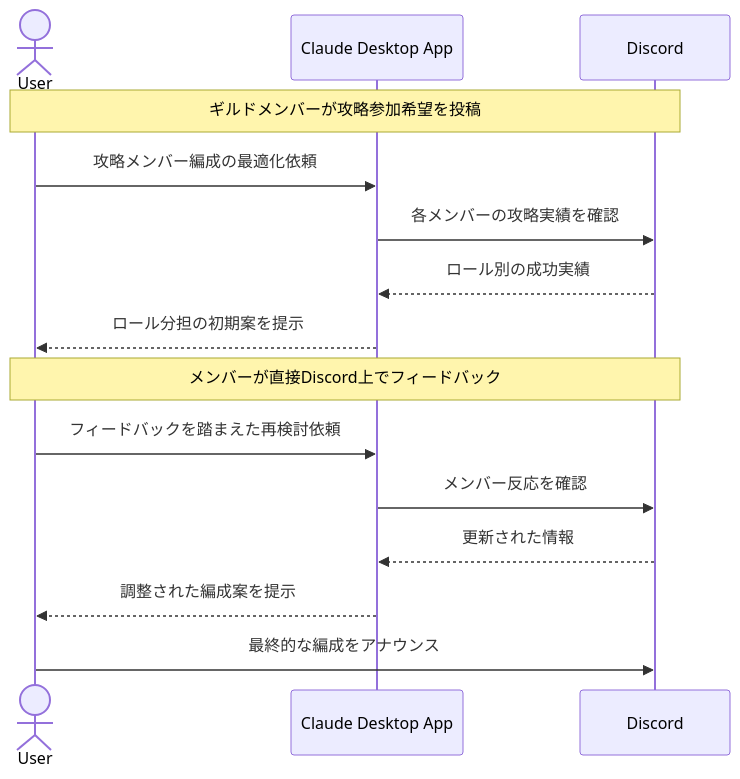
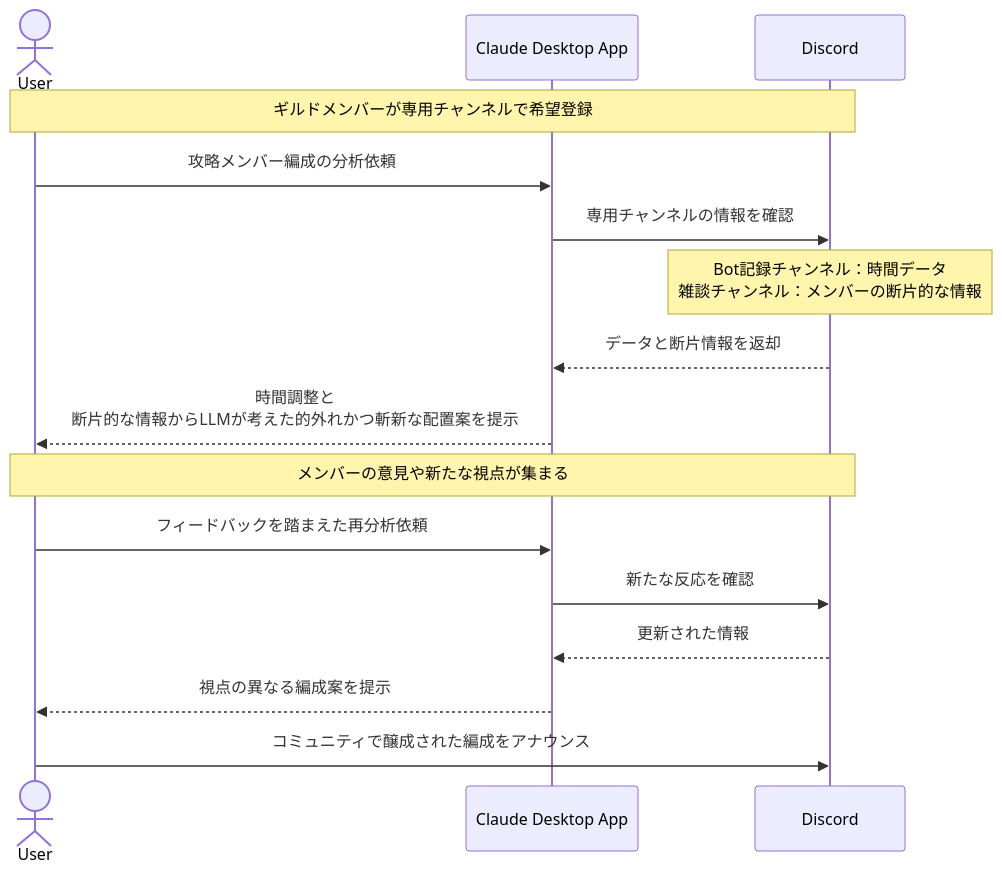
One commit to po-shu/mcp-100-ideas changed the diagram in docs/01_趣味・余暇/ゲーム攻略の予定を楽しく共有する.md. Above: the diagram before and after it, drawn with Mermaid. The commit also changed other lines of this file and 3 other files, not shown here.

````diff
--- a/docs/01_趣味・余暇/ゲーム攻略の予定を楽しく共有する.md
+++ b/docs/01_趣味・余暇/ゲーム攻略の予定を楽しく共有する.md
@@ -16,18 +16,19 @@
 ```mermaid
 sequenceDiagram
     actor  U as User
     participant C as Claude Desktop App
     participant D as Discord
 
-    Note over U,D: ギルドメンバーが攻略参加希望を投稿
-    U->>C: 攻略メンバー編成の最適化依頼
-    C->>D: 各メンバーの攻略実績を確認
-    D-->>C: ロール別の成功実績
-    C-->>U: ロール分担の初期案を提示
-    Note over U,D: メンバーが直接Discord上でフィードバック
-    U->>C: フィードバックを踏まえた再検討依頼
-    C->>D: メンバー反応を確認
+    Note over U,D: ギルドメンバーが専用チャンネルで希望登録
+    U->>C: 攻略メンバー編成の分析依頼
+    C->>D: 専用チャンネルの情報を確認
+    Note over D: Bot記録チャンネル：時間データ<br>雑談チャンネル：メンバーの断片的な情報
+    D-->>C: データと断片情報を返却
+    C-->>U: 時間調整と<br>断片的な情報からLLMが考えた的外れかつ斬新な配置案を提示
+    Note over U,D: メンバーの意見や新たな視点が集まる
+    U->>C: フィードバックを踏まえた再分析依頼
+    C->>D: 新たな反応を確認
     D-->>C: 更新された情報
-    C-->>U: 調整された編成案を提示
-    U->>D: 最終的な編成をアナウンス
+    C-->>U: 視点の異なる編成案を提示
+    U->>D: コミュニティで醸成された編成をアナウンス
 ```
````
